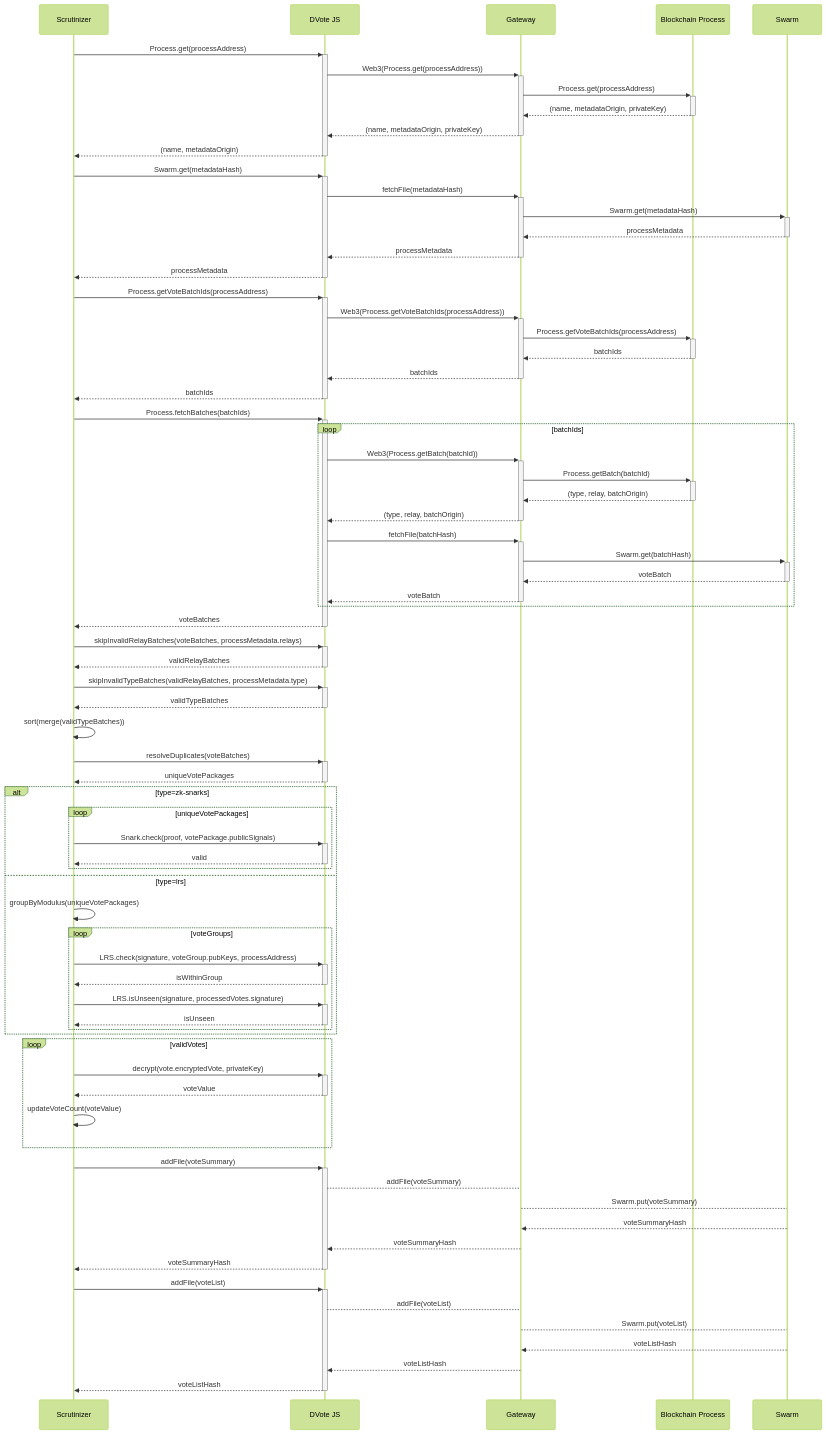
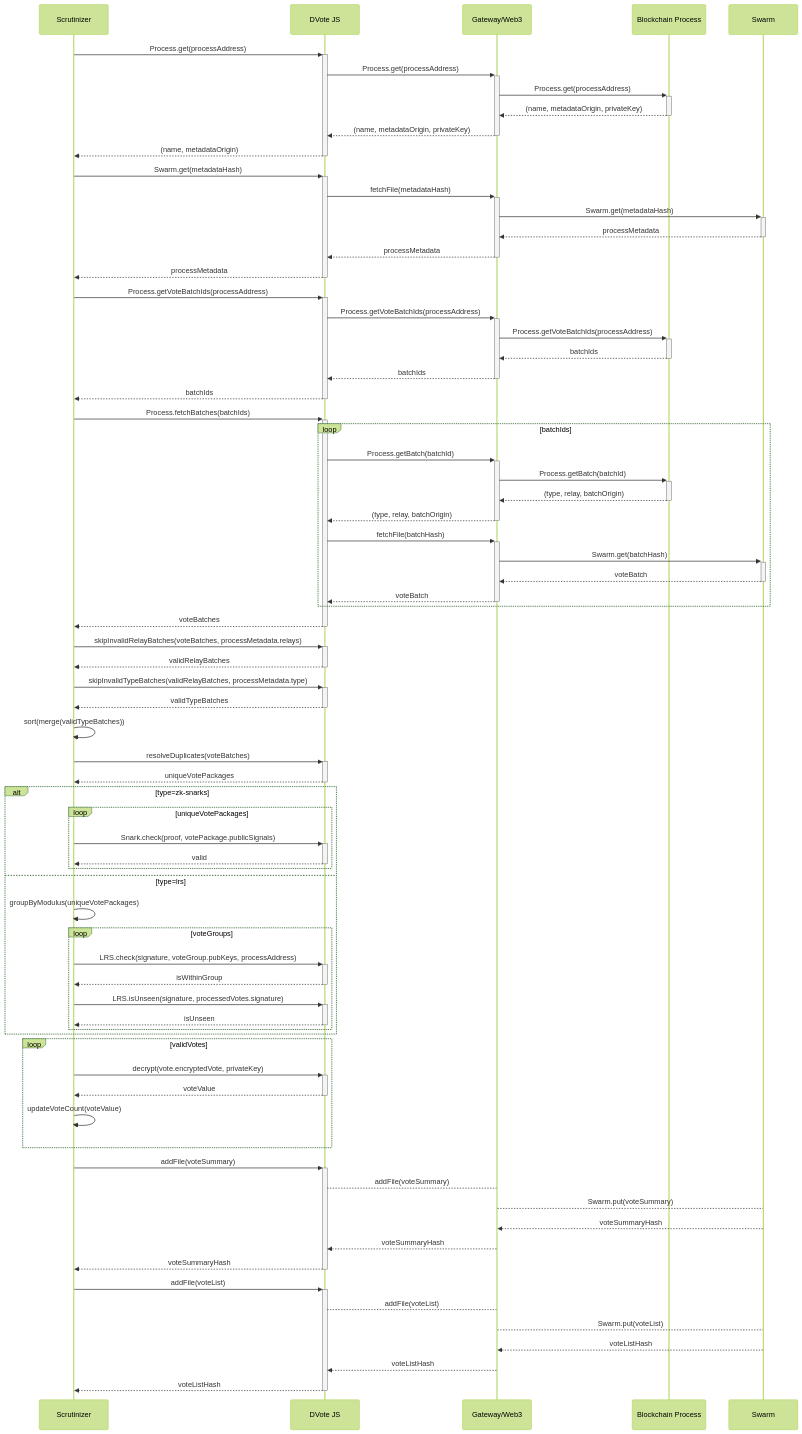
Before and after one commit to vocdoni/docs: diagram 15 of 15 in docs/protocol/sequence-diagrams.md, drawn with Mermaid (forest theme). The commit also changed other lines of this file and 1 other file, not shown here.

Commit message:
added addCensusClaim, getCensusRoot, censusDump to GW RPC methods, updated sequence dias to show Web3 as available enpoint

```diff
--- a/docs/protocol/sequence-diagrams.md
+++ b/docs/protocol/sequence-diagrams.md
@@ -577,13 +577,13 @@
 sequenceDiagram
     participant SC as Scrutinizer
     participant DV as DVote JS
-    participant GW as Gateway
+    participant GW as Gateway/Web3
     participant BC as Blockchain Process
     participant SW as Swarm
 
     SC->>+DV: Process.get(processAddress)
 
-        DV->>+GW: Web3(Process.get(processAddress))
+        DV->>+GW: Process.get(processAddress)
         GW->>+BC: Process.get(processAddress)
         BC-->>-GW: (name, metadataOrigin, privateKey)
         GW-->>-DV: (name, metadataOrigin, privateKey)
@@ -601,7 +601,7 @@
 
     SC->>+DV: Process.getVoteBatchIds(processAddress)
 
-        DV->>+GW: Web3(Process.getVoteBatchIds(processAddress))
+        DV->>+GW: Process.getVoteBatchIds(processAddress)
         GW->>+BC: Process.getVoteBatchIds(processAddress)
         BC-->>-GW: batchIds
         GW-->>-DV: batchIds
@@ -611,7 +611,7 @@
     SC->>+DV: Process.fetchBatches(batchIds)
         loop batchIds
 
-            DV->>+GW: Web3(Process.getBatch(batchId))
+            DV->>+GW: Process.getBatch(batchId)
             GW->>+BC: Process.getBatch(batchId)
             BC-->>-GW: (type, relay, batchOrigin)
             GW-->>-DV: (type, relay, batchOrigin)
```
